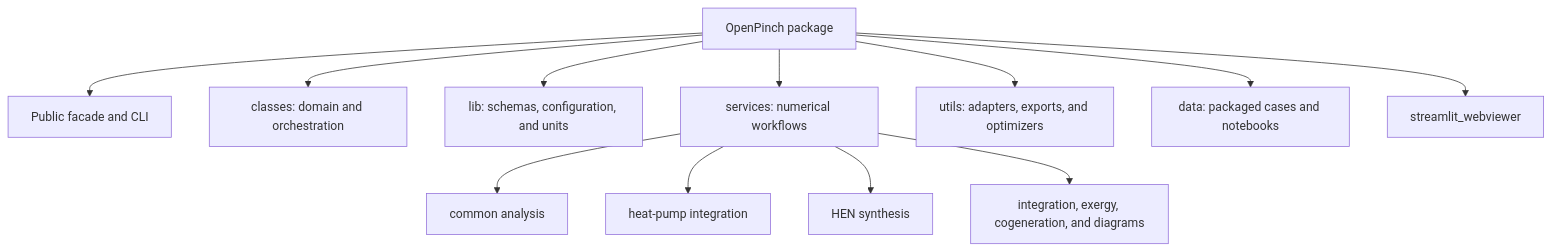
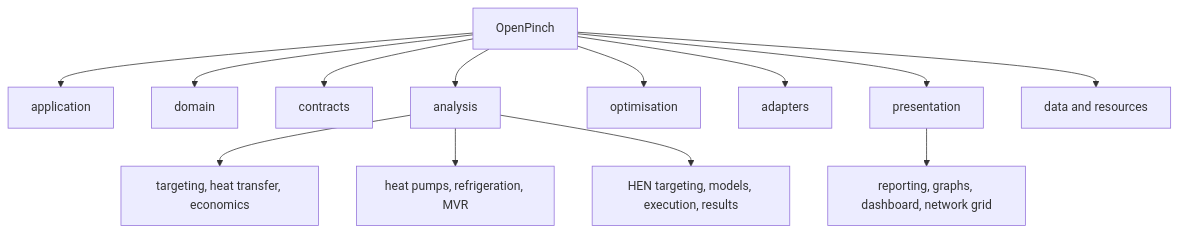
Before and after one commit to waikato-ahuora-smart-energy-systems/OpenPinch: the diagram in aidlc-docs/inception/reverse-engineering/code-structure.md, drawn with Mermaid. The commit also changed other lines of this file and 50 other files, not shown here.

````diff
--- a/aidlc-docs/inception/reverse-engineering/code-structure.md
+++ b/aidlc-docs/inception/reverse-engineering/code-structure.md
@@ -15,14 +16,15 @@
 ```mermaid
 flowchart TD
-    Root["OpenPinch package"] --> Facade["Public facade and CLI"]
-    Root --> Classes["classes: domain and orchestration"]
-    Root --> Lib["lib: schemas, configuration, and units"]
-    Root --> Services["services: numerical workflows"]
-    Root --> Utils["utils: adapters, exports, and optimizers"]
-    Root --> Data["data: packaged cases and notebooks"]
-    Root --> Viewer["streamlit_webviewer"]
-    Services --> Common["common analysis"]
-    Services --> HPR["heat-pump integration"]
-    Services --> HEN["HEN synthesis"]
-    Services --> Specialized["integration, exergy, cogeneration, and diagrams"]
+    Root["OpenPinch"] --> Application["application"]
+    Root --> Domain["domain"]
+    Root --> Contracts["contracts"]
+    Root --> Analysis["analysis"]
+    Root --> Optimisation["optimisation"]
+    Root --> Adapters["adapters"]
+    Root --> Presentation["presentation"]
+    Root --> Data["data and resources"]
+    Analysis --> Targeting["targeting, heat transfer, economics"]
+    Analysis --> HPR["heat pumps, refrigeration, MVR"]
+    Analysis --> HEN["HEN targeting, models, execution, results"]
+    Presentation --> Views["reporting, graphs, dashboard, network grid"]
 ```
````
